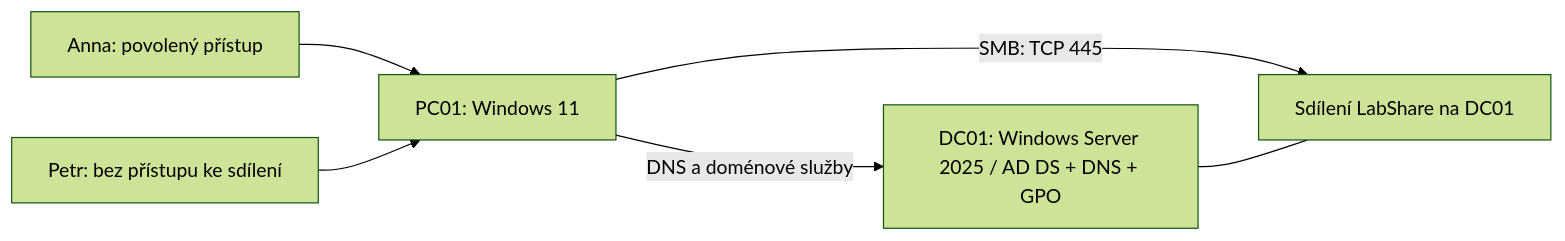
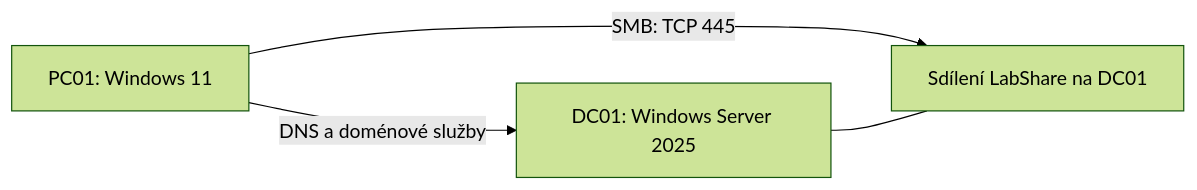
The diagram in README.md (Brabma/windows-support-lab), drawn with Mermaid (forest theme) before and after one commit. The commit also changed other lines of this file and 8 other files, not shown here.

````diff
--- a/README.md
+++ b/README.md
@@ -9,8 +7,6 @@
 ```mermaid
 flowchart LR
-  A[Anna: povolený přístup] --> P[PC01: Windows 11]
-  B[Petr: bez přístupu ke sdílení] --> P
-  P -->|DNS a doménové služby| D[DC01: Windows Server 2025 / AD DS + DNS + GPO]
-  P -->|SMB: TCP 445| F[Sdílení LabShare na DC01]
-  D --- F
+  P[PC01: Windows 11] -->|DNS a doménové služby| D[DC01: Windows Server 2025]
+  P -->|SMB: TCP 445| S[Sdílení LabShare na DC01]
+  D --- S
 ```
````
